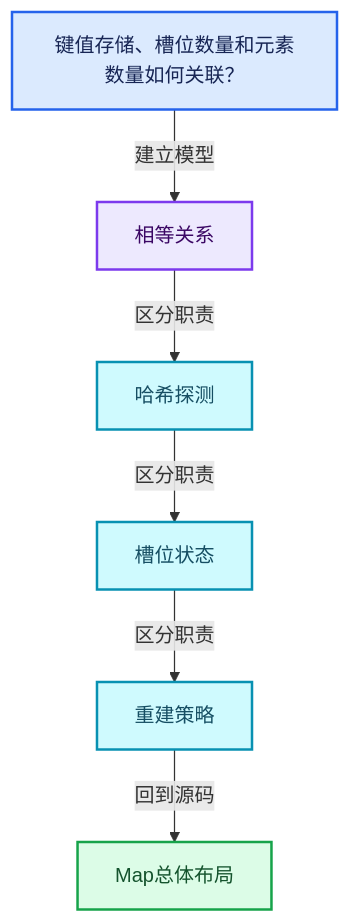
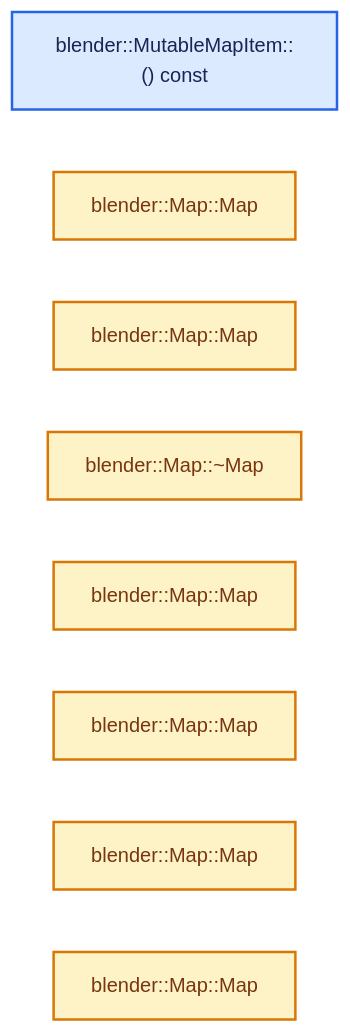
Before and after one commit to yunkezengren/blender-.vscode: the second of 4 diagrams in 杂/markdown/全面学习-codex/02-哈希表与关联数据结构/02-Map总体布局.md, drawn with Mermaid. The commit also changed other lines of this file and 1930 other files, not shown here.

````diff
--- a/杂/markdown/全面学习-codex/02-哈希表与关联数据结构/02-Map总体布局.md
+++ b/杂/markdown/全面学习-codex/02-哈希表与关联数据结构/02-Map总体布局.md
@@ -60,20 +46,17 @@
 ```mermaid
-flowchart TB
-  Q["键值存储、槽位数量和元素数量如何关联？"]:::input
-  C0["相等关系"]:::abstraction
-  C1["哈希探测"]:::data
-  C2["槽位状态"]:::data
-  C3["重建策略"]:::data
-  R["Map总体布局"]:::result
-  Q -->|"建立模型"| C0
-  C0 -->|"区分职责"| C1
-  C1 -->|"区分职责"| C2
-  C2 -->|"区分职责"| C3
-  C3 -->|"回到源码"| R
+flowchart LR
+  F0["blender::MutableMapItem::() const"]:::input
+  F1["blender::Map::Map"]:::compute
+  F2["blender::Map::Map"]:::compute
+  F3["blender::Map::~Map"]:::compute
+  F4["blender::Map::Map"]:::compute
+  F5["blender::Map::Map"]:::compute
+  F6["blender::Map::Map"]:::compute
+  F7["blender::Map::Map"]:::compute
   classDef input fill:#DBEAFE,stroke:#2563EB,color:#172554,stroke-width:2px;
   classDef data fill:#CFFAFE,stroke:#0891B2,color:#164E63,stroke-width:2px;
   classDef abstraction fill:#EDE9FE,stroke:#7C3AED,color:#3B0764,stroke-width:2px;
   classDef compute fill:#FEF3C7,stroke:#D97706,color:#78350F,stroke-width:2px;
   classDef result fill:#DCFCE7,stroke:#16A34A,color:#14532D,stroke-width:2px;
   classDef error fill:#FEE2E2,stroke:#DC2626,color:#7F1D1D,stroke-width:2px;
 ```
````
